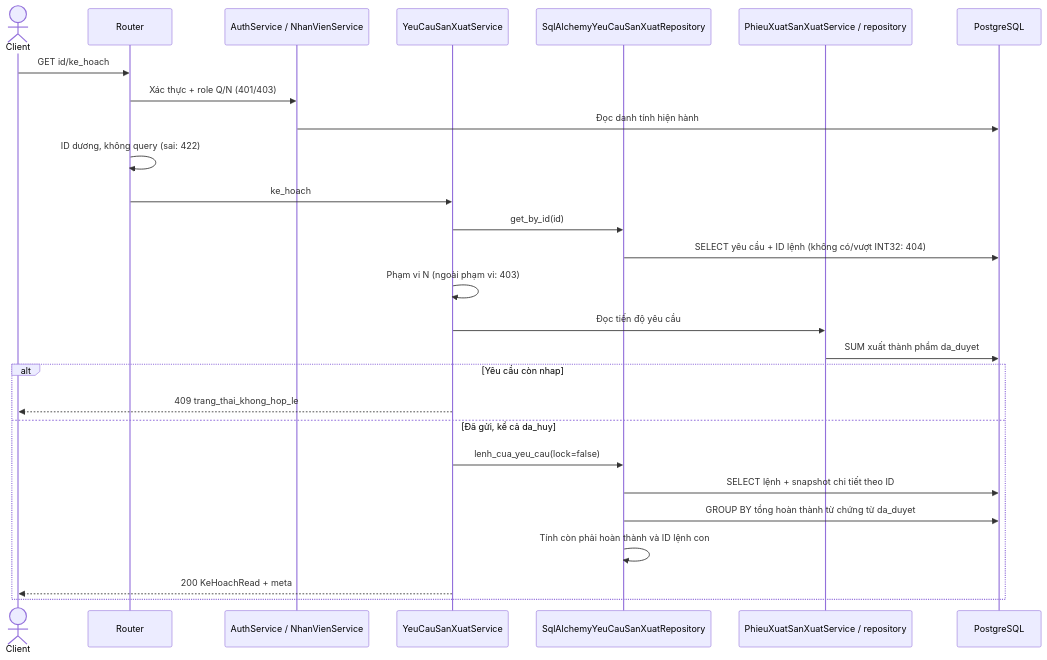
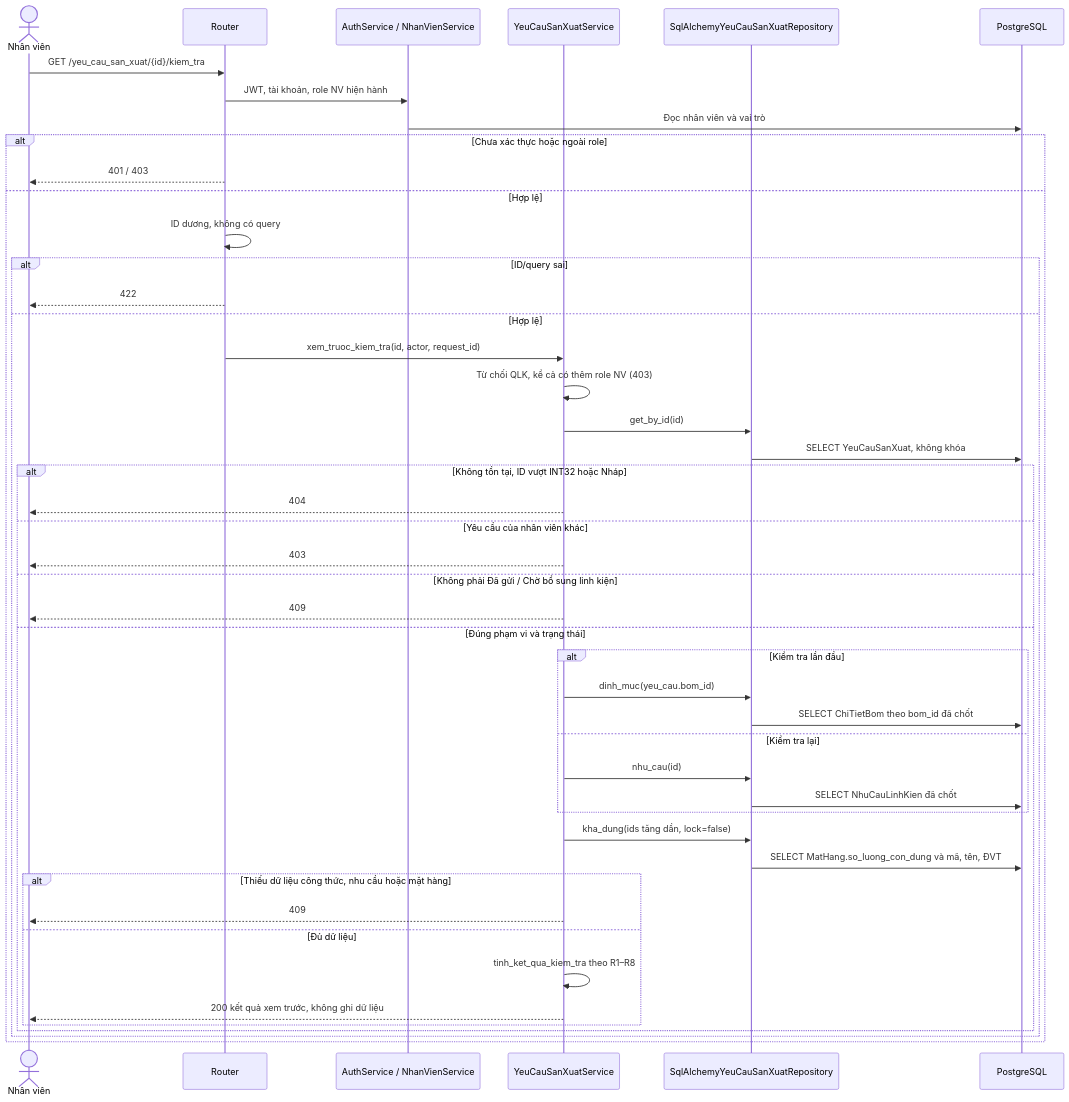
The eighth of 19 diagrams in docs/sequence/san_xuat.md (thanhklt/xbike-mrp-system), drawn with Mermaid before and after one commit. The commit also changed other lines of this file and 230 other files, not shown here.

Commit message:
fix(reporting): UC-41 báo cáo nhập-xuất-tồn và UC-42 tra cứu lịch sử biến động kho

````diff
--- a/docs/sequence/san_xuat.md
+++ b/docs/sequence/san_xuat.md
@@ -319,29 +424,48 @@
 ```mermaid
 sequenceDiagram
-    actor C as Client
+    actor C as Nhân viên
     participant R as Router
     participant A as AuthService / NhanVienService
     participant S as YeuCauSanXuatService
     participant P as SqlAlchemyYeuCauSanXuatRepository
-    participant X as PhieuXuatSanXuatService / repository
     participant D as PostgreSQL
-    C->>R: GET id/ke_hoach
-    R->>A: Xác thực + role Q/N (401/403)
-    A->>D: Đọc danh tính hiện hành
-    R->>R: ID dương, không query (sai: 422)
-    R->>S: ke_hoach
-    S->>P: get_by_id(id)
-    P->>D: SELECT yêu cầu + ID lệnh (không có/vượt INT32: 404)
-    S->>S: Phạm vi N (ngoài phạm vi: 403)
-    S->>X: Đọc tiến độ yêu cầu
-    X->>D: SUM xuất thành phẩm da_duyet
-    alt Yêu cầu còn nhap
-        S-->>C: 409 trang_thai_khong_hop_le
-    else Đã gửi, kể cả da_huy
-        S->>P: lenh_cua_yeu_cau(lock=false)
-        P->>D: SELECT lệnh + snapshot chi tiết theo ID
-        P->>D: GROUP BY tổng hoàn thành từ chứng từ da_duyet
-        P->>P: Tính còn phải hoàn thành và ID lệnh con
-        S-->>C: 200 KeHoachRead + meta
+    C->>R: GET /yeu_cau_san_xuat/{id}/kiem_tra
+    R->>A: JWT, tài khoản, role NV hiện hành
+    A->>D: Đọc nhân viên và vai trò
+    alt Chưa xác thực hoặc ngoài role
+        R-->>C: 401 / 403
+    else Hợp lệ
+        R->>R: ID dương, không có query
+        alt ID/query sai
+            R-->>C: 422
+        else Hợp lệ
+            R->>S: xem_truoc_kiem_tra(id, actor, request_id)
+            S->>S: Từ chối QLK, kể cả có thêm role NV (403)
+            S->>P: get_by_id(id)
+            P->>D: SELECT YeuCauSanXuat, không khóa
+            alt Không tồn tại, ID vượt INT32 hoặc Nháp
+                S-->>C: 404
+            else Yêu cầu của nhân viên khác
+                S-->>C: 403
+            else Không phải Đã gửi / Chờ bổ sung linh kiện
+                S-->>C: 409
+            else Đúng phạm vi và trạng thái
+                alt Kiểm tra lần đầu
+                    S->>P: dinh_muc(yeu_cau.bom_id)
+                    P->>D: SELECT ChiTietBom theo bom_id đã chốt
+                else Kiểm tra lại
+                    S->>P: nhu_cau(id)
+                    P->>D: SELECT NhuCauLinhKien đã chốt
+                end
+                S->>P: kha_dung(ids tăng dần, lock=false)
+                P->>D: SELECT MatHang.so_luong_con_dung và mã, tên, ĐVT
+                alt Thiếu dữ liệu công thức, nhu cầu hoặc mặt hàng
+                    S-->>C: 409
+                else Đủ dữ liệu
+                    S->>S: tinh_ket_qua_kiem_tra theo R1–R8
+                    S-->>C: 200 kết quả xem trước, không ghi dữ liệu
+                end
+            end
+        end
     end
 ```
````
